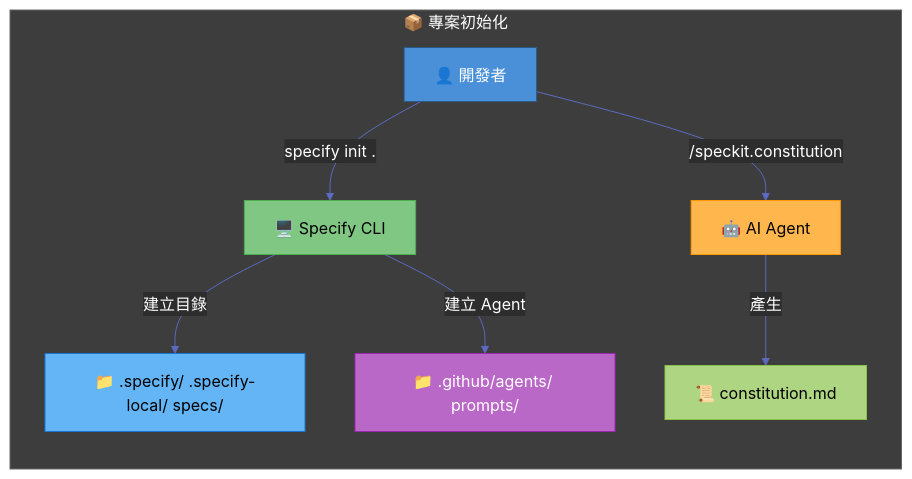
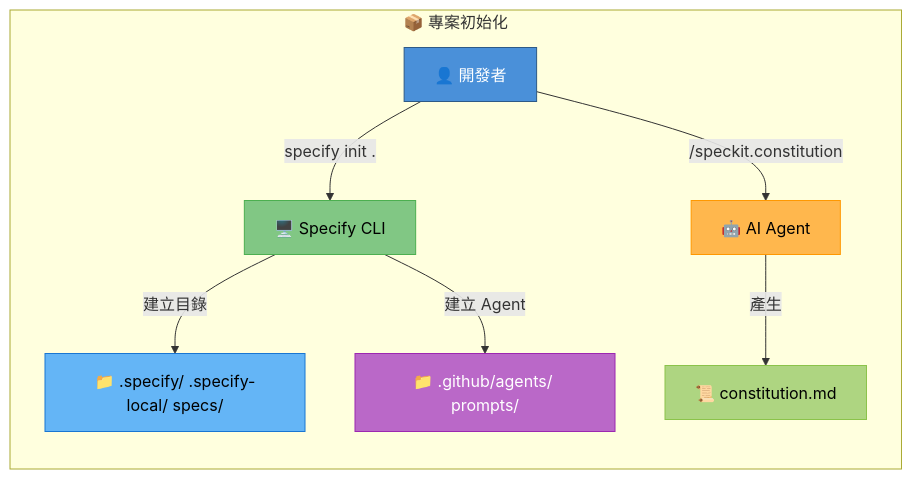
The eighth of 11 diagrams in docs/GitHub Spec Kit.md (w9wen/AI_Odyssey), drawn with Mermaid before and after one commit. The commit also changed other lines of this file, not shown here.

First line of the commit message:
docs: update mermaid diagrams to use transparent backgrounds

````diff
--- a/docs/GitHub Spec Kit.md
+++ b/docs/GitHub Spec Kit.md
@@ -606,18 +599,17 @@
 ```mermaid
-%%{init: {'theme': 'base', 'themeVariables': { 'primaryColor': '#4a90d9', 'primaryTextColor': '#ffffff', 'primaryBorderColor': '#2d5a87', 'lineColor': '#5c6bc0', 'secondaryColor': '#81c784', 'tertiaryColor': '#fff59d', 'background': '#1e1e1e', 'mainBkg': '#2d2d2d', 'nodeBorder': '#888888', 'clusterBkg': '#3d3d3d', 'clusterBorder': '#666666', 'titleColor': '#ffffff', 'edgeLabelBackground': '#2d2d2d'}}}%%
 flowchart LR
     subgraph PHASE1["📦 專案初始化"]
         A1["👤 開發者"] -->|specify init .| A2["🖥️ Specify CLI"]
         A2 -->|建立目錄| A3["📁 .specify/ .specify-local/ specs/"]
         A2 -->|建立 Agent| A4["📁 .github/agents/ prompts/"]
         A1 -->|/speckit.constitution| A5["🤖 AI Agent"]
         A5 -->|產生| A6["📜 constitution.md"]
     end
 
     style A1 fill:#4a90d9,stroke:#2d5a87,color:#fff
     style A2 fill:#81c784,stroke:#4caf50,color:#000
     style A3 fill:#64b5f6,stroke:#1976d2,color:#000
     style A4 fill:#ba68c8,stroke:#9c27b0,color:#fff
     style A5 fill:#ffb74d,stroke:#ff9800,color:#000
     style A6 fill:#aed581,stroke:#8bc34a,color:#000
 ```
````
